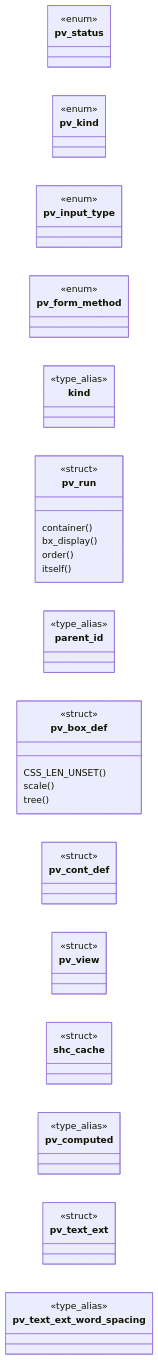
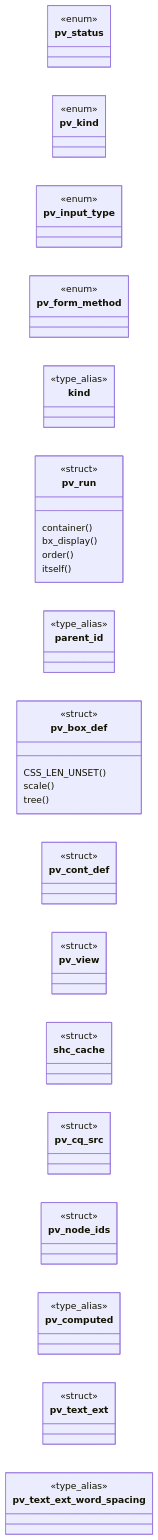
The first of 2 diagrams in readmenator-apidocs/modules/include.page_view.h.md (grisuno/FreeDom), drawn with Mermaid before and after one commit. The commit also changed other lines of this file and 234 other files, not shown here.

````diff
--- a/readmenator-apidocs/modules/include.page_view.h.md
+++ b/readmenator-apidocs/modules/include.page_view.h.md
@@ -15,41 +15,45 @@
 ```mermaid
 classDiagram
     direction LR
     class pv_status
     <<enum>> pv_status
     class pv_kind
     <<enum>> pv_kind
     class pv_input_type
     <<enum>> pv_input_type
     class pv_form_method
     <<enum>> pv_form_method
     class kind
     <<type_alias>> kind
     class pv_run
     <<struct>> pv_run
     pv_run : container()
     pv_run : bx_display()
     pv_run : order()
     pv_run : itself()
     class parent_id
     <<type_alias>> parent_id
     class pv_box_def
     <<struct>> pv_box_def
     pv_box_def : CSS_LEN_UNSET()
     pv_box_def : scale()
     pv_box_def : tree()
     class parent_id
     <<type_alias>> parent_id
     class pv_cont_def
     <<struct>> pv_cont_def
     class pv_view
     <<struct>> pv_view
     class shc_cache
     <<struct>> shc_cache
+    class pv_cq_src
+    <<struct>> pv_cq_src
+    class pv_node_ids
+    <<struct>> pv_node_ids
     class pv_computed
     <<type_alias>> pv_computed
     class pv_text_ext
     <<struct>> pv_text_ext
     class pv_text_ext_word_spacing
     <<type_alias>> pv_text_ext_word_spacing
 ```
````
